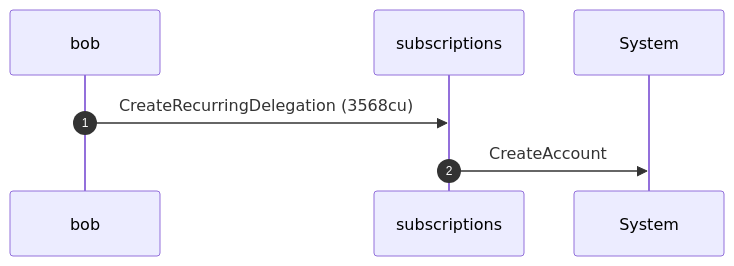
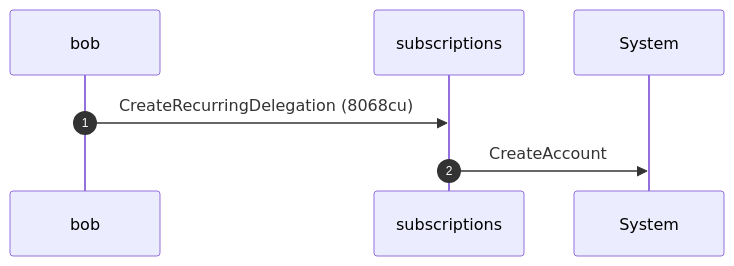
Before and after one commit to cds-rs/subscriptions: diagram 13 of 16 in dsl_tests/recurring-transfer-delegator-mismatch-exploit-is-blocked.md, drawn with Mermaid. The commit also changed other lines of this file and 224 other files, not shown here.

````diff
--- a/dsl_tests/recurring-transfer-delegator-mismatch-exploit-is-blocked.md
+++ b/dsl_tests/recurring-transfer-delegator-mismatch-exploit-is-blocked.md
@@ -260,9 +274,9 @@
 ```mermaid
 sequenceDiagram
     autonumber
     participant bob
     participant subscriptions
     participant System
-    bob ->> subscriptions: CreateRecurringDelegation (3568cu)
+    bob ->> subscriptions: CreateRecurringDelegation (8068cu)
     subscriptions ->> System: CreateAccount
 ```
````
